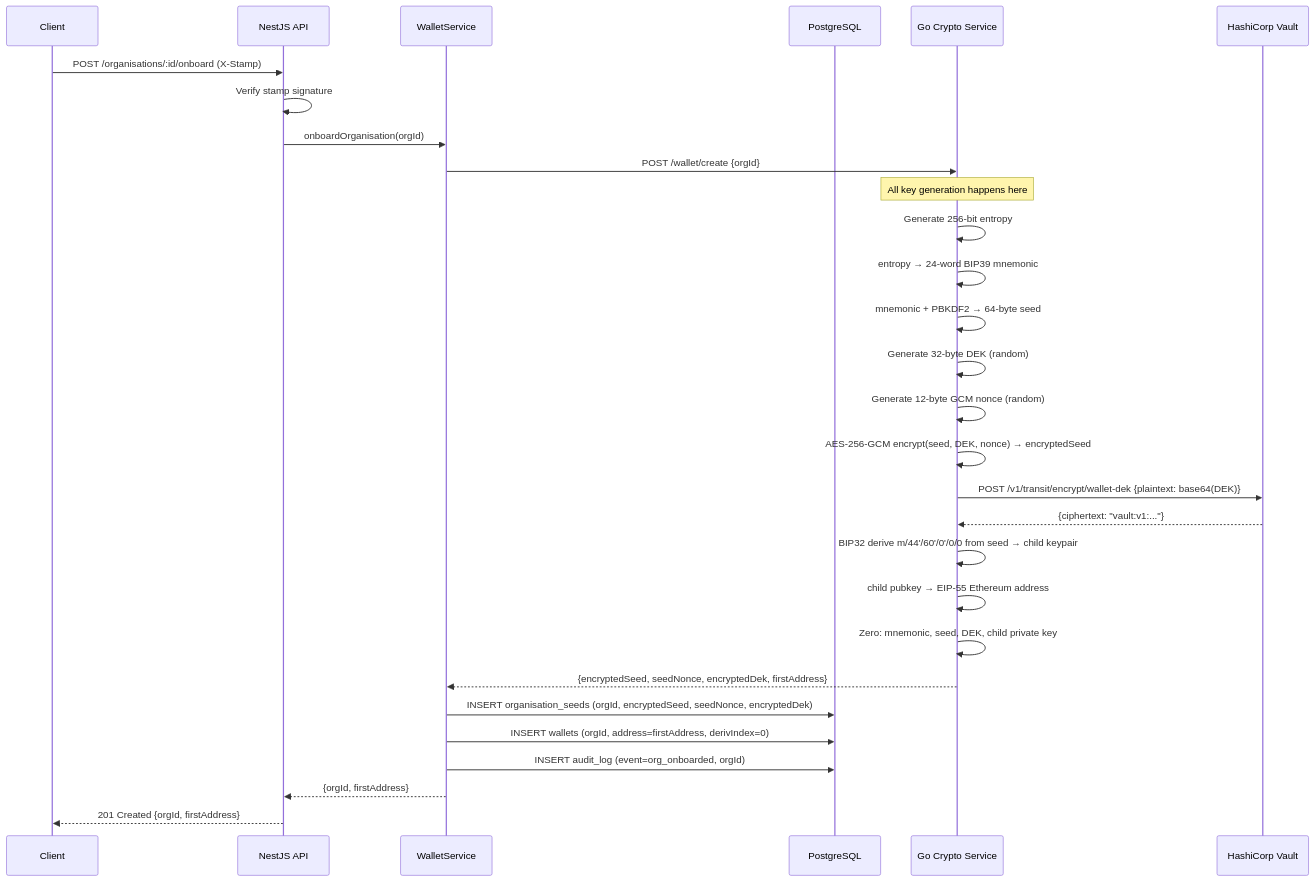
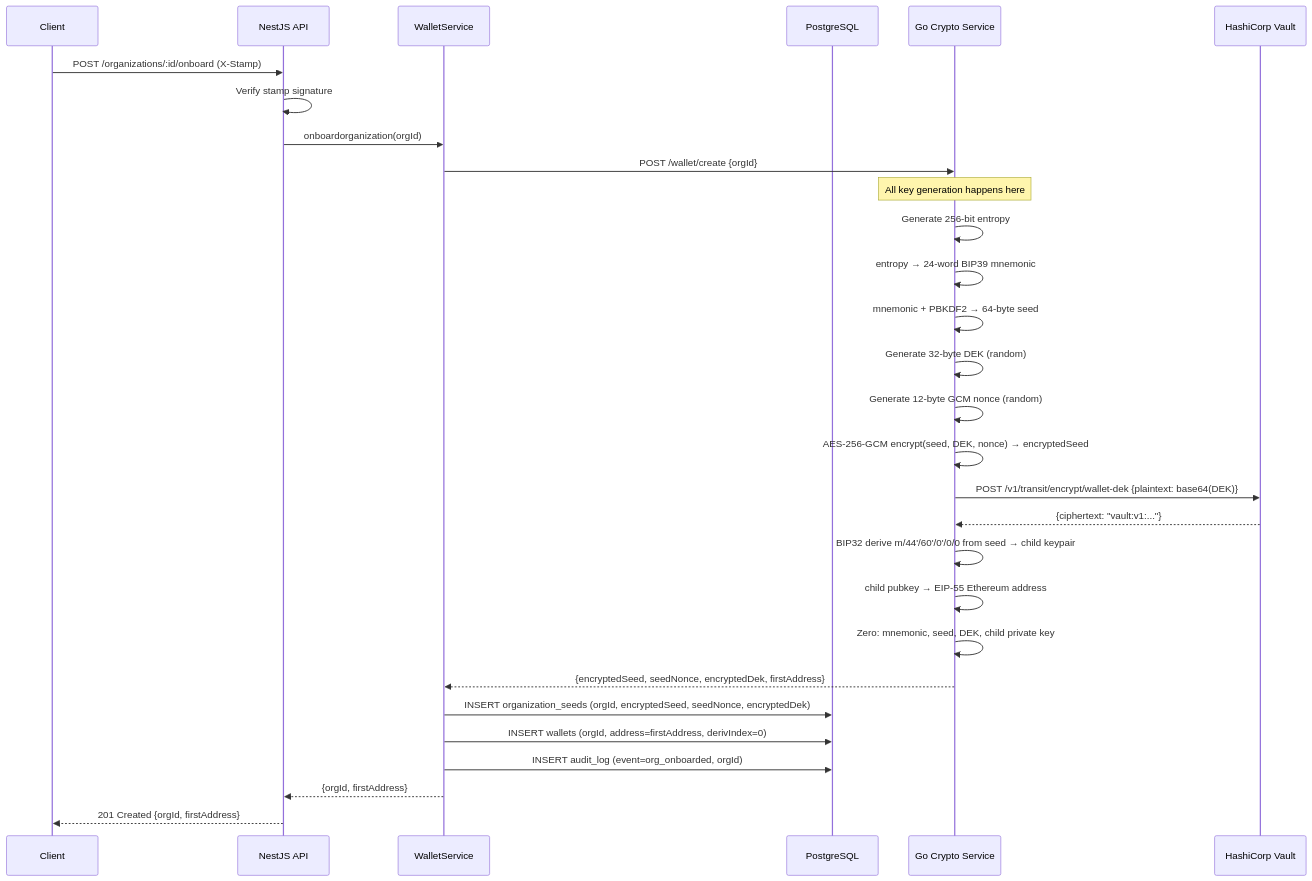
The second of 5 diagrams in docs/SEQUENCE_DIAGRAMS.md (sg-milad/BrokeTurnkey), drawn with Mermaid before and after one commit. The commit also changed other lines of this file and 38 other files, not shown here.

````diff
--- a/docs/SEQUENCE_DIAGRAMS.md
+++ b/docs/SEQUENCE_DIAGRAMS.md
@@ -42,39 +42,39 @@
 ```mermaid
 sequenceDiagram
     participant C as Client
     participant API as NestJS API
     participant WS as WalletService
     participant DB as PostgreSQL
     participant GO as Go Crypto Service
     participant V as HashiCorp Vault
 
-    C->>API: POST /organisations/:id/onboard (X-Stamp)
+    C->>API: POST /organizations/:id/onboard (X-Stamp)
     API->>API: Verify stamp signature
-    API->>WS: onboardOrganisation(orgId)
+    API->>WS: onboardorganization(orgId)
 
     WS->>GO: POST /wallet/create {orgId}
 
     note over GO: All key generation happens here
     GO->>GO: Generate 256-bit entropy
     GO->>GO: entropy → 24-word BIP39 mnemonic
     GO->>GO: mnemonic + PBKDF2 → 64-byte seed
     GO->>GO: Generate 32-byte DEK (random)
     GO->>GO: Generate 12-byte GCM nonce (random)
     GO->>GO: AES-256-GCM encrypt(seed, DEK, nonce) → encryptedSeed
 
     GO->>V: POST /v1/transit/encrypt/wallet-dek {plaintext: base64(DEK)}
     V-->>GO: {ciphertext: "vault:v1:..."}
 
     GO->>GO: BIP32 derive m/44'/60'/0'/0/0 from seed → child keypair
     GO->>GO: child pubkey → EIP-55 Ethereum address
     GO->>GO: Zero: mnemonic, seed, DEK, child private key
 
     GO-->>WS: {encryptedSeed, seedNonce, encryptedDek, firstAddress}
 
-    WS->>DB: INSERT organisation_seeds (orgId, encryptedSeed, seedNonce, encryptedDek)
+    WS->>DB: INSERT organization_seeds (orgId, encryptedSeed, seedNonce, encryptedDek)
     WS->>DB: INSERT wallets (orgId, address=firstAddress, derivIndex=0)
     WS->>DB: INSERT audit_log (event=org_onboarded, orgId)
 
     WS-->>API: {orgId, firstAddress}
     API-->>C: 201 Created {orgId, firstAddress}
 ```
````
